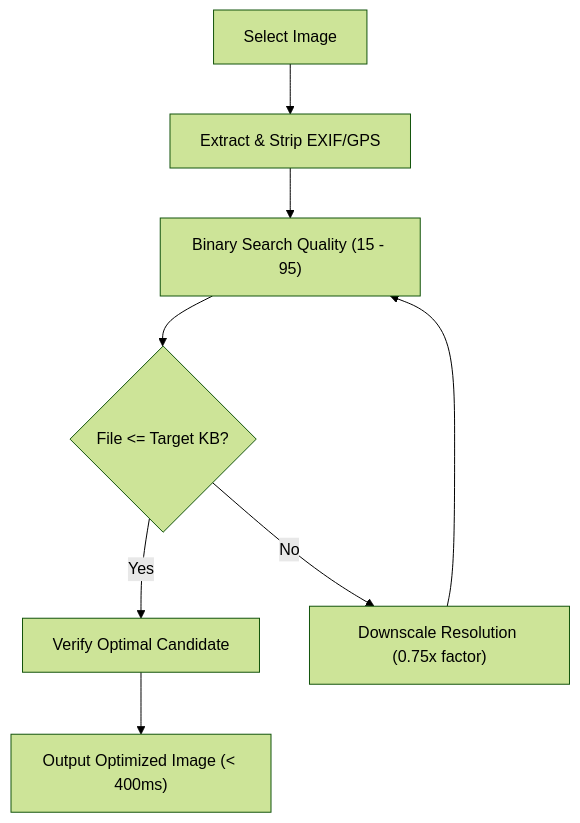
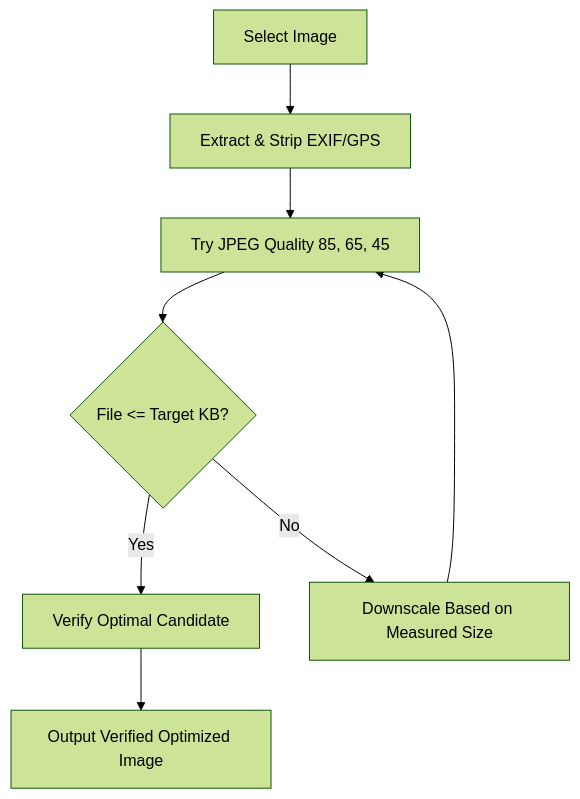
One commit to humayan-x/resinc changed the diagram in README.md. Above: the diagram before and after it, drawn with Mermaid (forest theme). The commit also changed other lines of this file and 39 other files, not shown here.

````diff
--- a/README.md
+++ b/README.md
@@ -83,10 +93,10 @@
 ```mermaid
 flowchart TD
     A["Select Image"] --> B["Extract & Strip EXIF/GPS"]
-    B --> C["Binary Search Quality (15 - 95)"]
+    B --> C["Try JPEG Quality 85, 65, 45"]
     C --> D{"File <= Target KB?"}
     D -- Yes --> E["Verify Optimal Candidate"]
-    D -- No --> F["Downscale Resolution (0.75x factor)"]
+    D -- No --> F["Downscale Based on Measured Size"]
     F --> C
-    E --> G["Output Optimized Image (< 400ms)"]
+    E --> G["Output Verified Optimized Image"]
 ```
````
